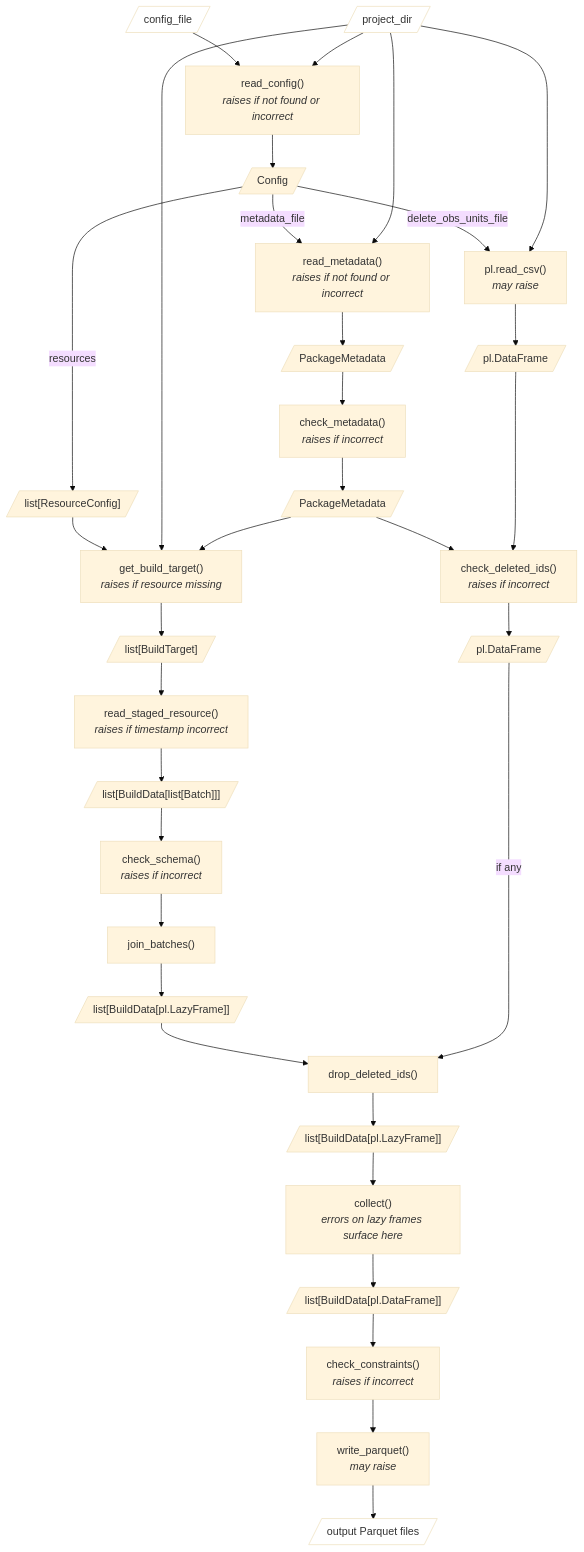
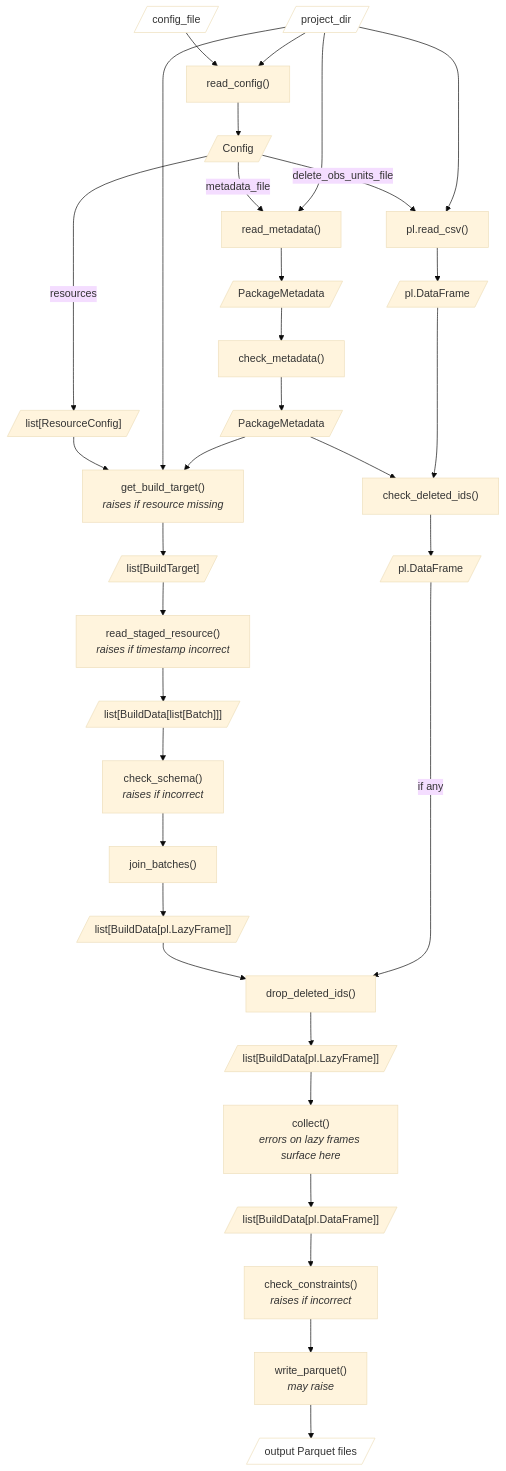
One commit to seedcase-project/seedcase-sprout changed the third of 3 diagrams in docs/design/interface/python.qmd. Above: the diagram before and after it, drawn with Mermaid (base theme). The commit also changed other lines of this file, not shown here.

Commit message:
docs: memo: review markups

````diff
--- a/docs/design/interface/python.qmd
+++ b/docs/design/interface/python.qmd
@@ -121,45 +121,45 @@
 ```{mermaid}
 %%| label: fig-build-resources-internal-flow
 %%| fig-cap: >-
 %%|   The internal flow of functions and objects in the `build-resources` CLI
 %%|   command.
 %%| fig-alt: >-
 %%|   Diagram of the internal flow of functions and objects in the
 %%|   `build-resources` CLI command.
 
 flowchart TD
     %% Config and metadata
-    config_file[/"config_file"/]:::io --> read_config["read_config()<br><i>raises if not found or incorrect</i>"] --> Config[/"Config"/]
+    config_file[/"config_file"/]:::io --> read_config["read_config()"] --> Config[/"Config"/]
     project_dir[/"project_dir"/]:::io --> read_config
-    Config -->|metadata_file| read_metadata["read_metadata()<br><i>raises if not found or incorrect</i>"] --> metadata[/"PackageMetadata"/]
+    Config -->|metadata_file| read_metadata["read_metadata()"] --> metadata[/"PackageMetadata"/]
     project_dir --> read_metadata
-    metadata --> check_metadata["check_metadata()<br><i>raises if incorrect</i>"] --> metadata_checked[/"PackageMetadata"/]
+    metadata --> check_metadata["check_metadata()"] --> metadata_checked[/"PackageMetadata"/]
 
     %% Deleted IDs
-    Config -->|delete_obs_units_file| read_csv["pl.read_csv()<br><i>may raise</i>"] --> deleted_ids[/"pl.DataFrame"/]
+    Config -->|delete_obs_units_file| read_csv["pl.read_csv()"] --> deleted_ids[/"pl.DataFrame"/]
     project_dir --> read_csv
-    metadata_checked --> check_deleted_ids["check_deleted_ids()<br><i>raises if incorrect</i>"] --> deleted_ids_checked[/"pl.DataFrame"/]
+    metadata_checked --> check_deleted_ids["check_deleted_ids()"] --> deleted_ids_checked[/"pl.DataFrame"/]
     deleted_ids --> check_deleted_ids
 
     %% Resources: each step runs over the whole list
     Config -->|resources| resource_configs[/"list[ResourceConfig]"/]
     resource_configs --> get_build_target["get_build_target()<br><i>raises if resource missing</i>"] --> build_targets[/"list[BuildTarget]"/]
     project_dir --> get_build_target
     metadata_checked --> get_build_target
 
     build_targets --> read_staged_resource["read_staged_resource()<br><i>raises if timestamp incorrect</i>"] --> staged[/"list[BuildData[list[Batch]]]"/]
     staged --> check_schema["check_schema()<br><i>raises if incorrect</i>"]
     check_schema --> join_batches["join_batches()"]
     join_batches --> joined[/"list[BuildData[pl.LazyFrame]]"/]
 
     joined --> drop_deleted_ids["drop_deleted_ids()"] --> joined_after_delete[/"list[BuildData[pl.LazyFrame]]"/]
     deleted_ids_checked -->|"if any"| drop_deleted_ids
     joined_after_delete --> collect["collect()<br><i>errors on lazy frames surface here</i>"]
 
     collect --> collected[/"list[BuildData[pl.DataFrame]]"/]
     collected --> check_constraints["check_constraints()<br><i>raises if incorrect</i>"]
     check_constraints --> write_parquet["write_parquet()<br><i>may raise</i>"]
     write_parquet --> outputs[/"output Parquet files"/]:::io
 
     classDef io fill:#FFF
 ```
````
